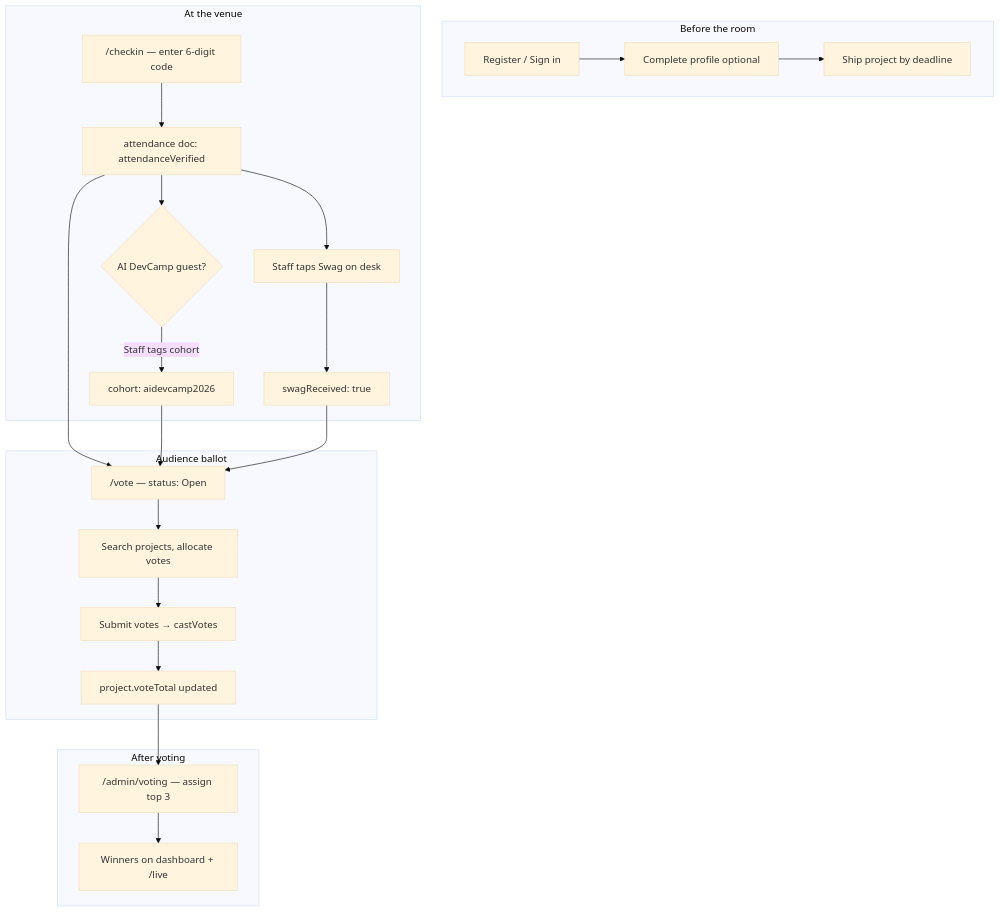
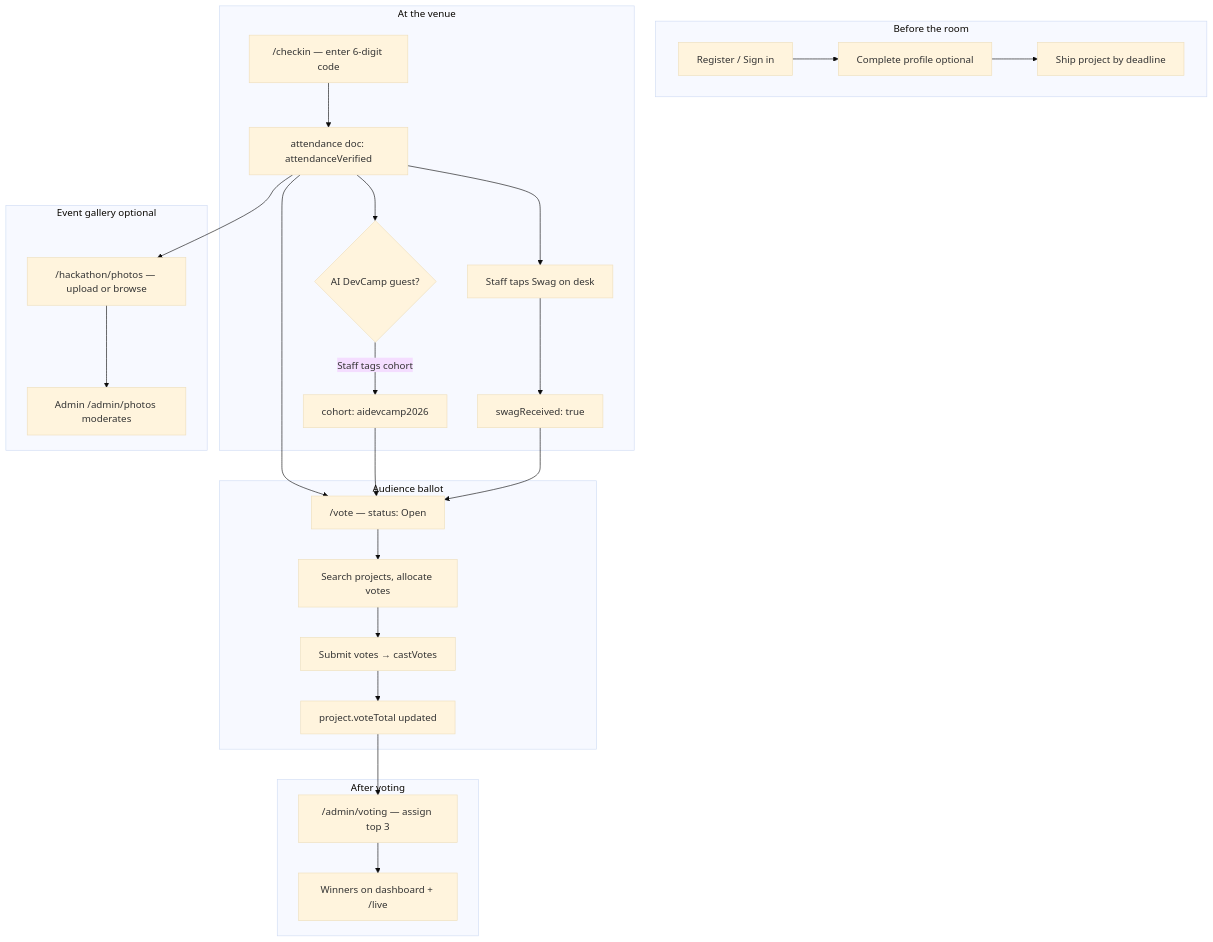
One commit to sumithpdd/gdgLondon_hackathon changed the fourth of 6 diagrams in docs/USER_FLOW.md. Above: the diagram before and after it, drawn with Mermaid (base theme). The commit also changed other lines of this file and 24 other files, not shown here.

First line of the commit message:
Implement event gallery features for photos and videos

````diff
--- a/docs/USER_FLOW.md
+++ b/docs/USER_FLOW.md
@@ -195,30 +261,35 @@
 ```mermaid
 flowchart TD
   subgraph before["Before the room"]
     R[Register / Sign in] --> P[Complete profile optional]
     P --> S[Ship project by deadline]
   end
 
   subgraph arrival["At the venue"]
     C1["/checkin — enter 6-digit code"] --> A1["attendance doc: attendanceVerified"]
     A1 --> B1{AI DevCamp guest?}
     B1 -->|Staff tags cohort| AC["cohort: aidevcamp2026"]
     A1 --> SW[Staff taps Swag on desk]
     SW --> S1["swagReceived: true"]
+  end
+
+  subgraph gallery["Event gallery optional"]
+    A1 --> PH["/hackathon/photos — upload or browse"]
+    PH --> PHM["Admin /admin/photos moderates"]
   end
 
   subgraph ballot["Audience ballot"]
     A1 --> V0["/vote — status: Open"]
     V0 --> V1[Search projects, allocate votes]
     V1 --> V2[Submit votes → castVotes]
     V2 --> VT["project.voteTotal updated"]
   end
 
   subgraph close["After voting"]
     VT --> AD["/admin/voting — assign top 3"]
     AD --> WIN[Winners on dashboard + /live]
   end
 
   AC --> V0
   S1 --> V0
 ```
````
